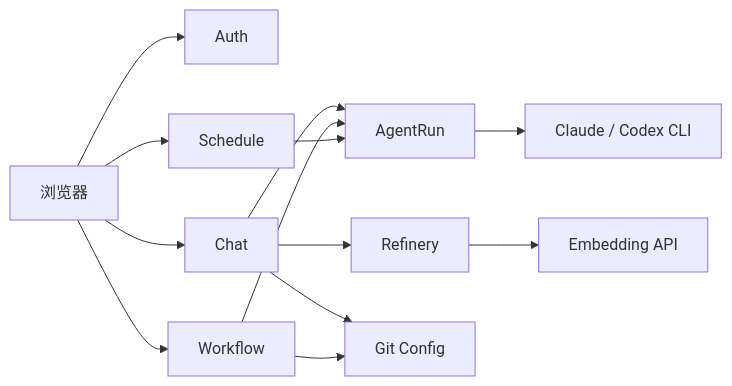
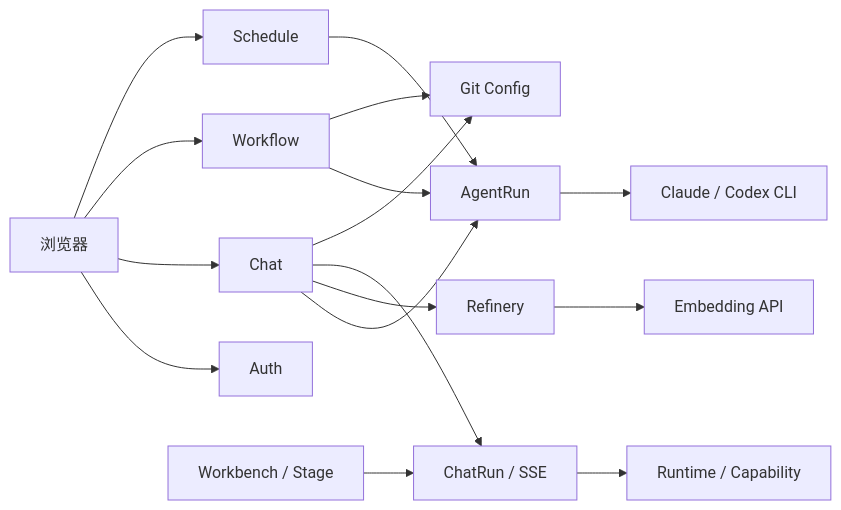
Before and after one commit to zhourui392/agent-web: the diagram in docs/event-storming.md, drawn with Mermaid. The commit also changed other lines of this file and 32 other files, not shown here.

````diff
--- a/docs/event-storming.md
+++ b/docs/event-storming.md
@@ -7,15 +7,18 @@
 ```mermaid
 flowchart LR
     Browser[浏览器] --> Auth[Auth]
     Browser --> Chat[Chat]
     Browser --> Workflow[Workflow]
     Browser --> Schedule[Schedule]
     Chat --> AgentRun[AgentRun]
     Workflow --> AgentRun
     Schedule --> AgentRun
     AgentRun --> CLI[Claude / Codex CLI]
     Chat --> Refinery[Refinery]
+    Chat --> ChatRun[ChatRun / SSE]
+    Workbench[Workbench / Stage] --> ChatRun
+    ChatRun --> Runtime[Runtime / Capability]
     Refinery --> Embedding[Embedding API]
     Chat --> Git[Git Config]
     Workflow --> Git
 ```
````
